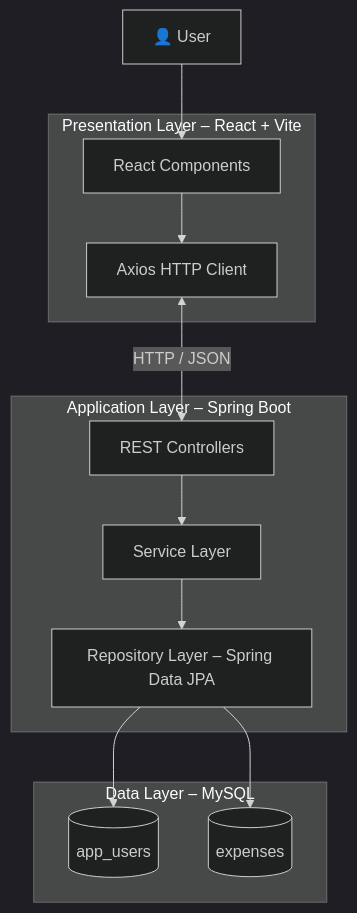
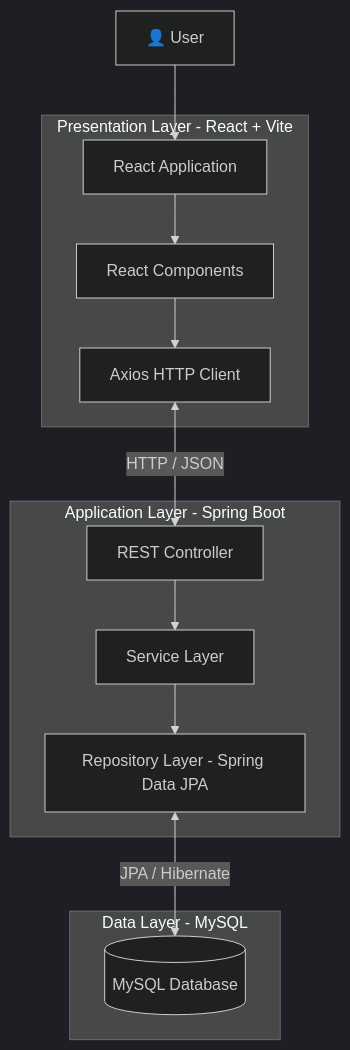
The diagram in README.md (aadeshkhamkar/SpendWise), drawn with Mermaid (dark theme) before and after one commit. The commit also changed other lines of this file, not shown here.

````diff
--- a/README.md
+++ b/README.md
@@ -127,25 +176,28 @@
 ```mermaid
 flowchart TB
     U["👤 User"]
-    subgraph Frontend["Presentation Layer – React + Vite"]
-        UI["React Components"]
-        AX["Axios HTTP Client"]
-    end
-    subgraph Backend["Application Layer – Spring Boot"]
-        C["REST Controllers"]
-        S["Service Layer"]
-        R["Repository Layer – Spring Data JPA"]
-    end
-    subgraph Database["Data Layer – MySQL"]
-        D1[("app_users")]
-        D2[("expenses")]
+
+    subgraph Frontend["Presentation Layer - React + Vite"]
+        A["React Application"]
+        B["React Components"]
+        C["Axios HTTP Client"]
+        A --> B
+        B --> C
     end
 
-    U --> UI
-    UI --> AX
-    AX <-->|"HTTP / JSON"| C
-    C --> S
-    S --> R
-    R --> D1
-    R --> D2
+    subgraph Backend["Application Layer - Spring Boot"]
+        D["REST Controller"]
+        E["Service Layer"]
+        F["Repository Layer - Spring Data JPA"]
+        D --> E
+        E --> F
+    end
+
+    subgraph Database["Data Layer - MySQL"]
+        G[("MySQL Database")]
+    end
+
+    U --> A
+    C <-->|"HTTP / JSON"| D
+    F <-->|"JPA / Hibernate"| G
 ```
````
